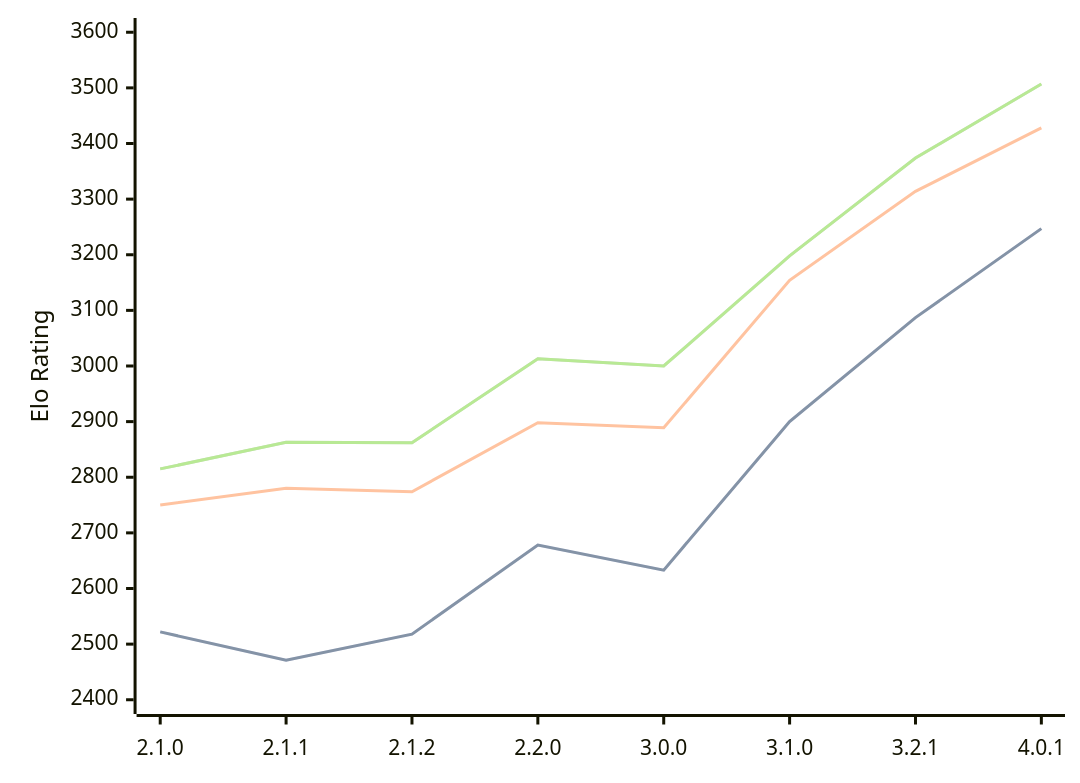
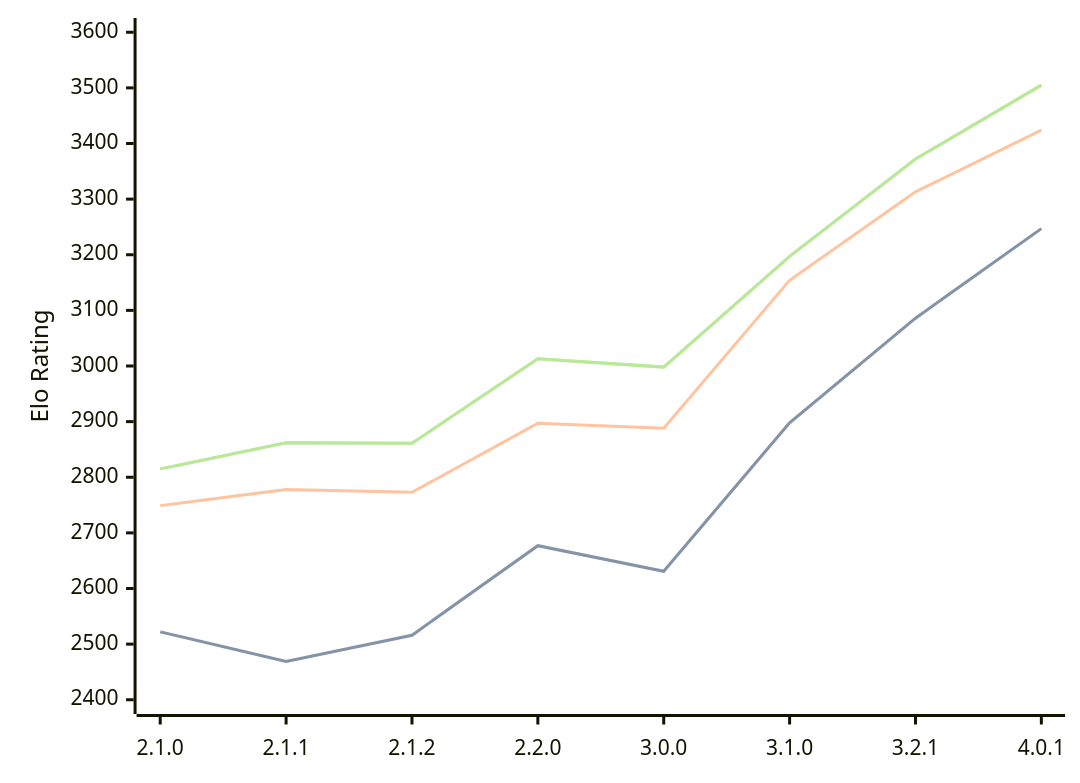
One commit to computer-chess-index/cci changed the third of 3 diagrams in engines/Prune.md. Above: the diagram before and after it, drawn with Mermaid. The commit also changed other lines of this file, not shown here.

Commit message:
Update CCI Ratings (ELO VLTC) - 2026-07-15

````diff
--- a/engines/Prune.md
+++ b/engines/Prune.md
@@ -77,11 +77,11 @@
 ```mermaid
 %%{init: {"theme":"base","themeVariables":{"seriesColors:['#a3a3a3','#222221','#faa371']}}}%%
 xychart-beta
   x-axis ["2.1.0", "2.1.1", "2.1.2", "2.2.0", "3.0.0", "3.1.0", "3.2.1", "4.0.1"]
   y-axis "Elo Rating" 2400 --> 3600
-  line "STC (8.0+0.08s)" [2522, 2471, 2518, 2678, 2633, 2900, 3087, 3247]
-  line "STC (8.0+0.08s)" [2522, 2471, 2518, 2678, 2633, 2900, 3087, 3247]
-  line "LTC (60.0+0.60s)" [2750, 2780, 2774, 2898, 2889, 3154, 3314, 3428]
-  line "VLTC (2m24s+1.12s)" [2815, 2863, 2862, 3013, 3000, 3198, 3374, 3507]
-  line "VLTC (2m24s+1.12s)" [2815, 2863, 2862, 3013, 3000, 3198, 3374, 3507]
+  line "STC (8.0+0.08s)" [2522, 2469, 2516, 2677, 2631, 2898, 3086, 3247]
+  line "STC (8.0+0.08s)" [2522, 2469, 2516, 2677, 2631, 2898, 3086, 3247]
+  line "LTC (60.0+0.60s)" [2749, 2778, 2773, 2897, 2888, 3154, 3313, 3424]
+  line "VLTC (2m24s+1.12s)" [2815, 2862, 2861, 3013, 2998, 3197, 3372, 3505]
+  line "VLTC (2m24s+1.12s)" [2815, 2862, 2861, 3013, 2998, 3197, 3372, 3505]
 ```
````
